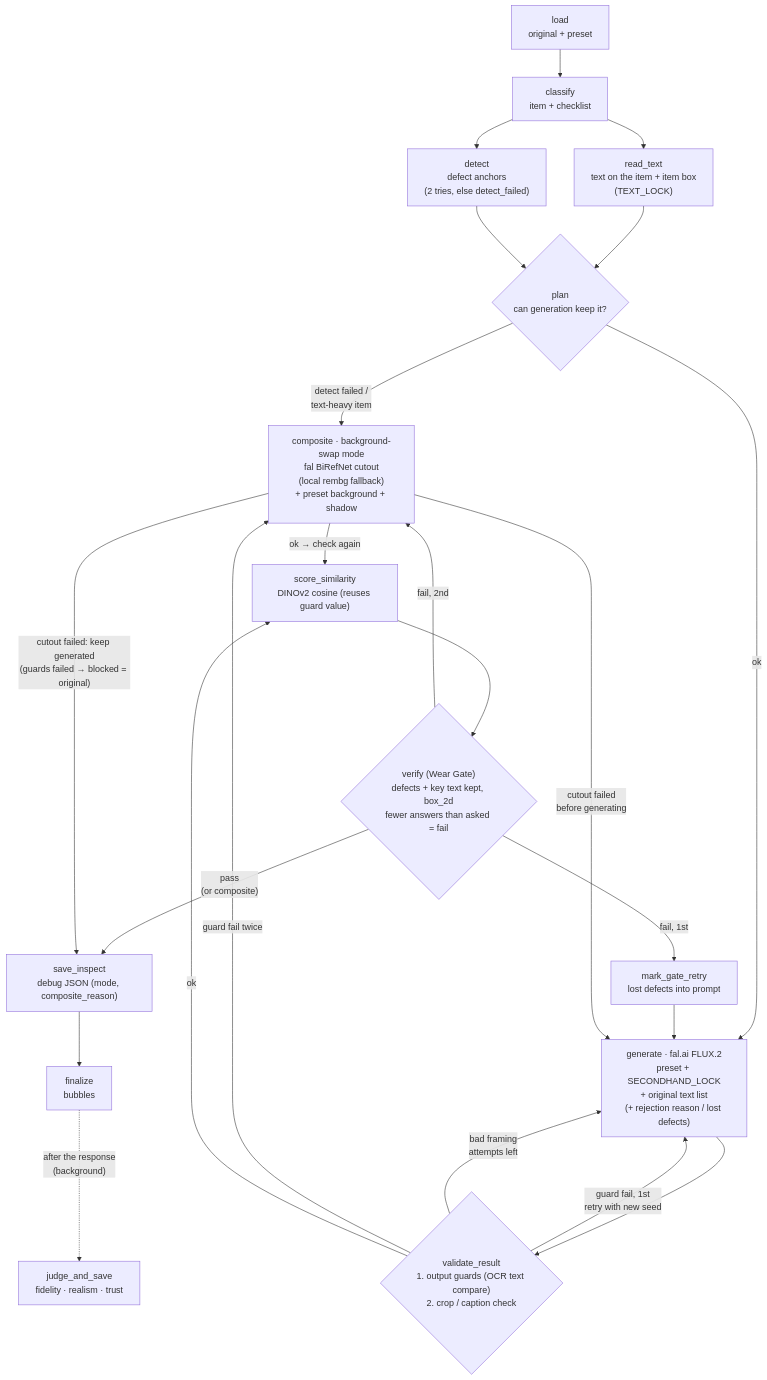
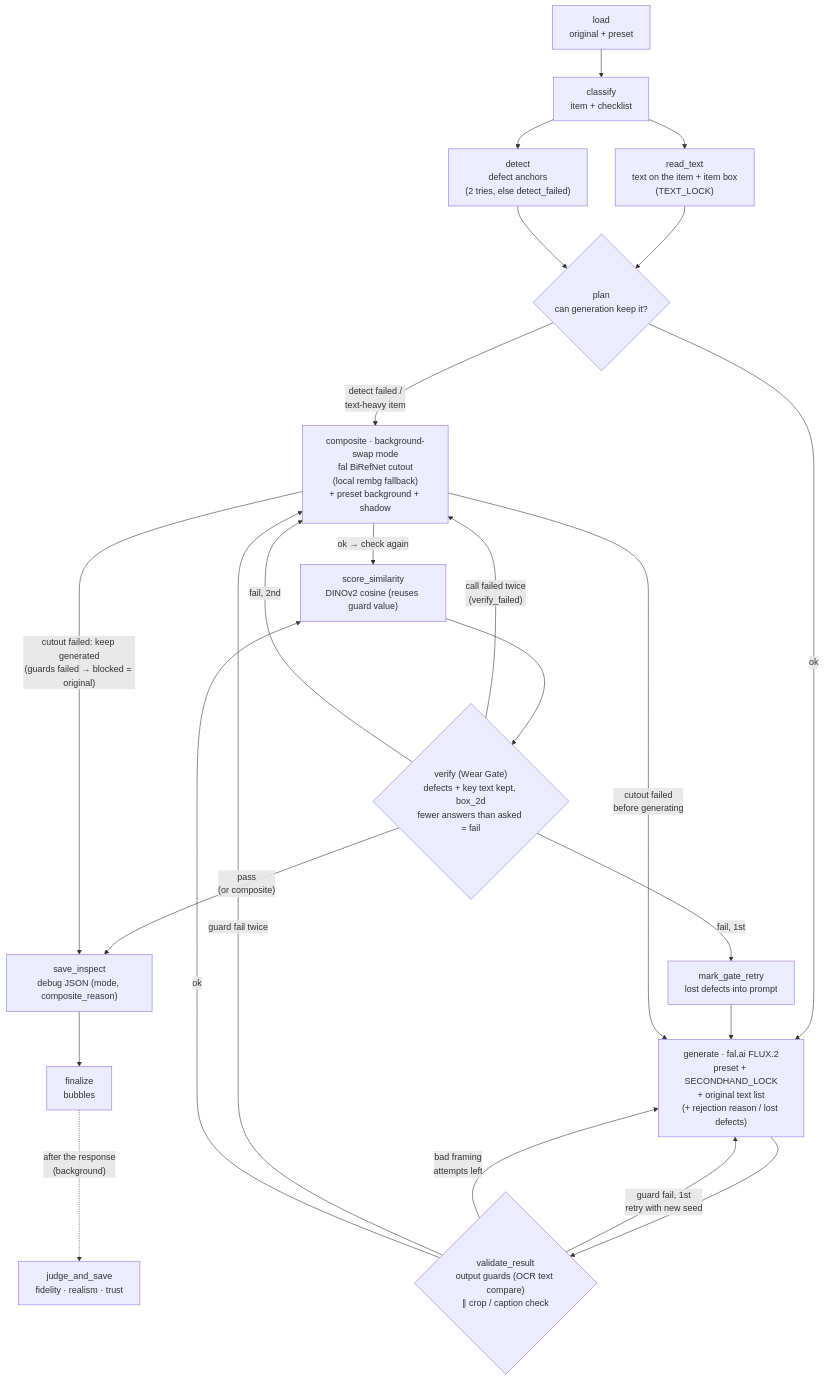
The diagram in Readme.md (cha0620/Carret-App), drawn with Mermaid before and after one commit. The commit also changed other lines of this file and 3 other files, not shown here.

First line of the commit message:
docs: README·study 09-26 마무리 — verify_failed, judge 한 곳, make docs

````diff
--- a/Readme.md
+++ b/Readme.md
@@ -32,25 +32,26 @@
 ```mermaid
 flowchart TD
   L["load<br/>original + preset"] --> C["classify<br/>item + checklist"]
   C --> T["read_text<br/>text on the item + item box<br/>(TEXT_LOCK)"]
   C --> D["detect<br/>defect anchors<br/>(2 tries, else detect_failed)"]
   T --> P{"plan<br/>can generation keep it?"}
   D --> P
   P -->|"detect failed /<br/>text-heavy item"| X
   P -->|ok| G["generate · fal.ai FLUX.2<br/>preset + SECONDHAND_LOCK<br/>+ original text list<br/>(+ rejection reason / lost defects)"]
-  G --> V{"validate_result<br/>1. output guards (OCR text compare)<br/>2. crop / caption check"}
+  G --> V{"validate_result<br/>output guards (OCR text compare)<br/>∥ crop / caption check"}
   V -->|"guard fail, 1st<br/>retry with new seed"| G
   V -->|"bad framing<br/>attempts left"| G
   V -->|"guard fail twice"| X
   V -->|ok| S["score_similarity<br/>DINOv2 cosine (reuses guard value)"]
   S --> VR{"verify (Wear Gate)<br/>defects + key text kept, box_2d<br/>fewer answers than asked = fail"}
   VR -->|"pass<br/>(or composite)"| I
   VR -->|"fail, 1st"| R["mark_gate_retry<br/>lost defects into prompt"]
   R --> G
+  VR -->|"call failed twice<br/>(verify_failed)"| X
   VR -->|"fail, 2nd"| X["composite · background-swap mode<br/>fal BiRefNet cutout<br/>(local rembg fallback)<br/>+ preset background + shadow"]
   X -->|"ok → check again"| S
   X -->|"cutout failed<br/>before generating"| G
   X -->|"cutout failed: keep generated<br/>(guards failed → blocked = original)"| I
   I["save_inspect<br/>debug JSON (mode, composite_reason)"] --> F["finalize<br/>bubbles"]
   F -.->|"after the response<br/>(background)"| J["judge_and_save<br/>fidelity · realism · trust"]
 ```
````
